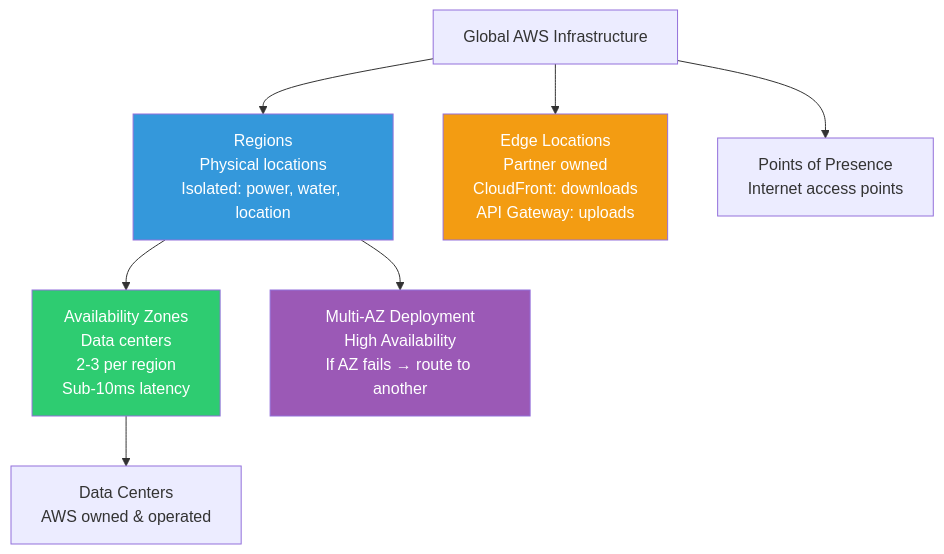
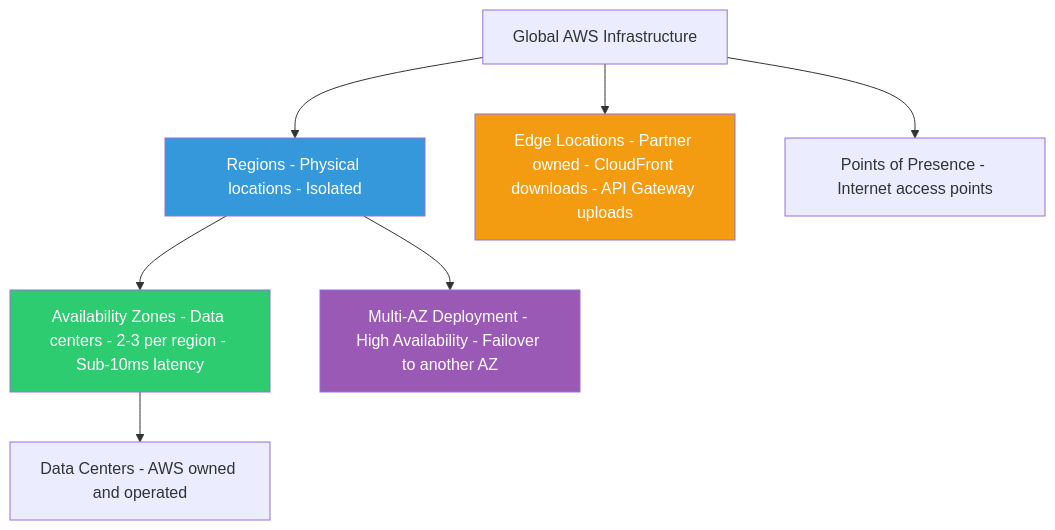
Before and after one commit to jtombo45/SeniorEngineerRoadmap: the fourth of 10 diagrams in Cloud/AWS/AWS-Certifications/AWS-Cloud-Practitioner/README.md, drawn with Mermaid. The commit also changed other lines of this file, not shown here.

Commit message:
fixed diagrams for rendering

````diff
--- a/Cloud/AWS/AWS-Certifications/AWS-Cloud-Practitioner/README.md
+++ b/Cloud/AWS/AWS-Certifications/AWS-Cloud-Practitioner/README.md
@@ -208,16 +217,16 @@
 ```mermaid
-graph TD
-    A[Global AWS Infrastructure] --> B[Regions<br/>Physical locations<br/>Isolated: power, water, location]
-    B --> C[Availability Zones<br/>Data centers<br/>2-3 per region<br/>Sub-10ms latency]
-    C --> D[Data Centers<br/>AWS owned & operated]
+flowchart TD
+    A[Global AWS Infrastructure] --> B[Regions - Physical locations - Isolated]
+    B --> C[Availability Zones - Data centers - 2-3 per region - Sub-10ms latency]
+    C --> D[Data Centers - AWS owned and operated]
     
-    A --> E[Edge Locations<br/>Partner owned<br/>CloudFront: downloads<br/>API Gateway: uploads]
-    A --> F[Points of Presence<br/>Internet access points]
+    A --> E[Edge Locations - Partner owned - CloudFront downloads - API Gateway uploads]
+    A --> F[Points of Presence - Internet access points]
     
-    B --> G[Multi-AZ Deployment<br/>High Availability<br/>If AZ fails → route to another]
+    B --> G[Multi-AZ Deployment - High Availability - Failover to another AZ]
     
     style B fill:#3498DB,color:#fff
     style C fill:#2ECC71,color:#fff
     style E fill:#F39C12,color:#fff
     style G fill:#9B59B6,color:#fff
 ```
````
